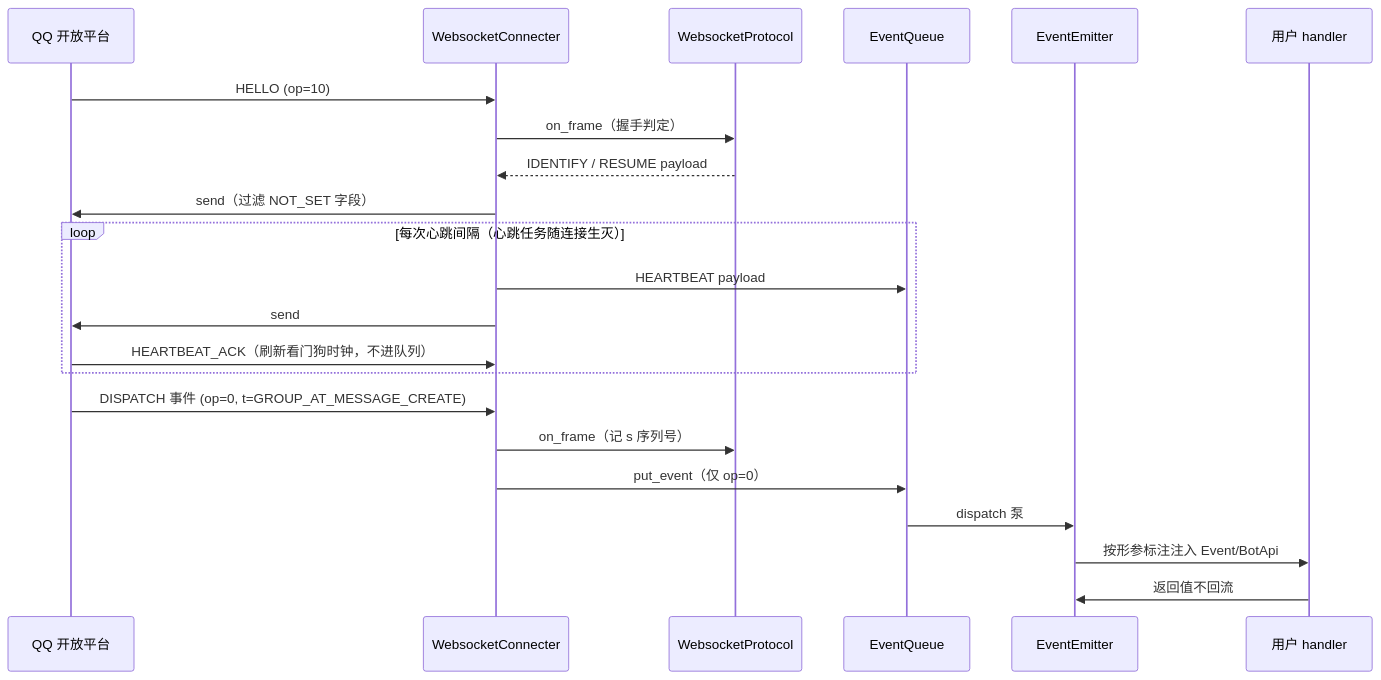
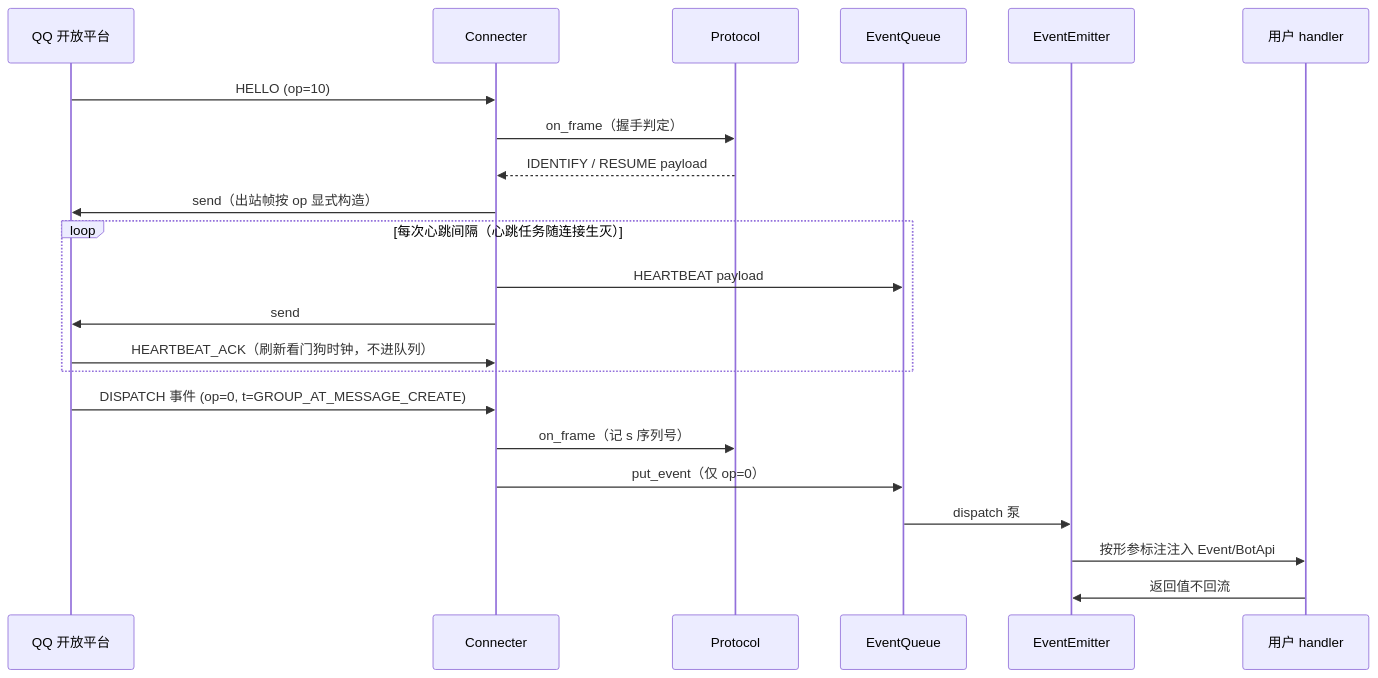
One commit to snowy-yang/qqbotsdk changed the second of 2 diagrams in docs/ARCHITECTURE.md. Above: the diagram before and after it, drawn with Mermaid. The commit also changed other lines of this file and 36 other files, not shown here.

````diff
--- a/docs/ARCHITECTURE.md
+++ b/docs/ARCHITECTURE.md
@@ -58,27 +51,27 @@
 ```mermaid
 sequenceDiagram
     participant QQ as QQ 开放平台
-    participant WS as WebsocketConnecter
-    participant P as WebsocketProtocol
+    participant WS as Connecter
+    participant P as Protocol
     participant Q as EventQueue
     participant EE as EventEmitter
     participant H as 用户 handler
 
     QQ->>WS: HELLO (op=10)
     WS->>P: on_frame（握手判定）
     P-->>WS: IDENTIFY / RESUME payload
-    WS->>QQ: send（过滤 NOT_SET 字段）
+    WS->>QQ: send（出站帧按 op 显式构造）
 
     loop 每次心跳间隔（心跳任务随连接生灭）
         WS->>Q: HEARTBEAT payload
         WS->>QQ: send
         QQ->>WS: HEARTBEAT_ACK（刷新看门狗时钟，不进队列）
     end
 
     QQ->>WS: DISPATCH 事件 (op=0, t=GROUP_AT_MESSAGE_CREATE)
     WS->>P: on_frame（记 s 序列号）
     WS->>Q: put_event（仅 op=0）
     Q->>EE: dispatch 泵
     EE->>H: 按形参标注注入 Event/BotApi
     H->>EE: 返回值不回流
 ```
````
